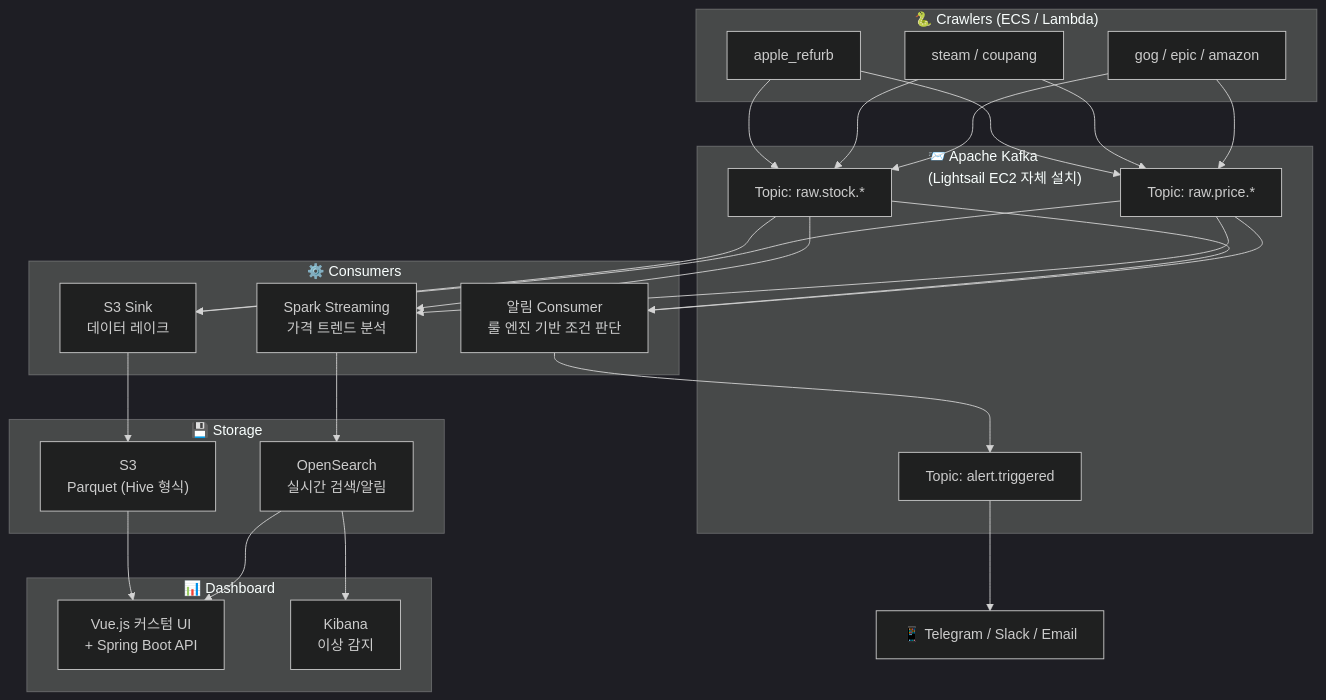
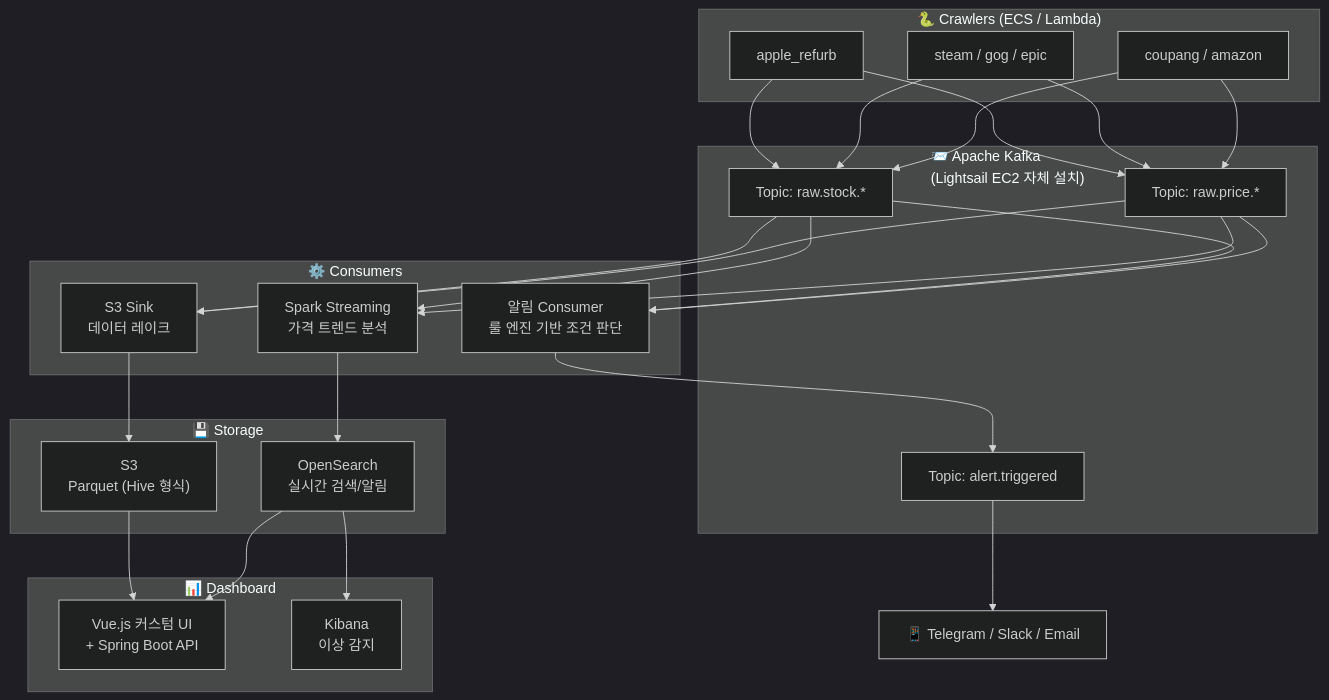
The fifth of 5 diagrams in docs/ARCHITECTURE.md (veryfaraway/DeReel), drawn with Mermaid (dark theme) before and after one commit. The commit also changed other lines of this file and 5 other files, not shown here.

````diff
--- a/docs/ARCHITECTURE.md
+++ b/docs/ARCHITECTURE.md
@@ -144,39 +188,39 @@
 ```mermaid
 flowchart TD
     subgraph Producers ["🐍 Crawlers (ECS / Lambda)"]
         P1["apple_refurb"]
-        P2["steam / coupang"]
-        P3["gog / epic / amazon"]
+        P2["steam / gog / epic"]
+        P3["coupang / amazon"]
     end
 
     subgraph Kafka ["📨 Apache Kafka\n(Lightsail EC2 자체 설치)"]
         T1["Topic: raw.stock.*"]
         T2["Topic: raw.price.*"]
         T3["Topic: alert.triggered"]
     end
 
     subgraph Consumers ["⚙️ Consumers"]
         C1["알림 Consumer\n룰 엔진 기반 조건 판단"]
         C2["Spark Streaming\n가격 트렌드 분석"]
         C3["S3 Sink\n데이터 레이크"]
     end
 
     subgraph Storage ["💾 Storage"]
         S3L["S3\nParquet (Hive 형식)"]
         ODB["OpenSearch\n실시간 검색/알림"]
     end
 
     subgraph Dashboard ["📊 Dashboard"]
         VUE["Vue.js 커스텀 UI\n+ Spring Boot API"]
         KIB["Kibana\n이상 감지"]
     end
 
     TG["📱 Telegram / Slack / Email"]
 
     P1 & P2 & P3 --> T1 & T2
     T1 & T2 --> C1 --> T3 --> TG
     T1 & T2 --> C2 --> ODB
     T1 & T2 --> C3 --> S3L
     S3L --> VUE
     ODB --> KIB & VUE
 ```
````
